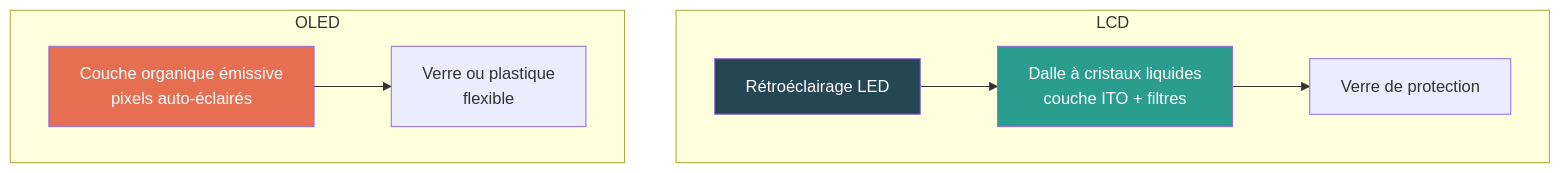
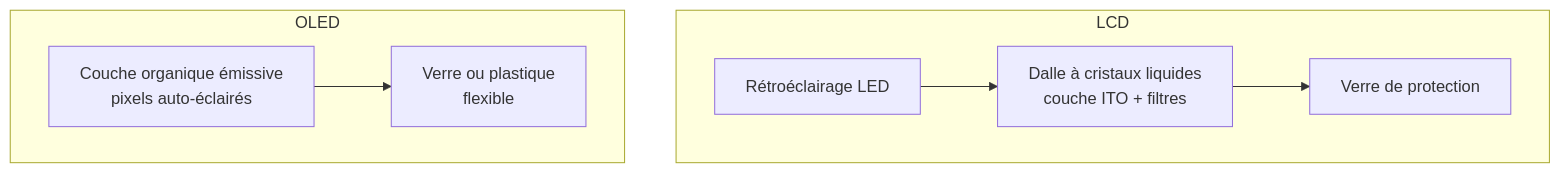
One commit to digital4better/methodology changed the diagram in docs/materiel/composants/affichage.md. Above: the diagram before and after it, drawn with Mermaid. The commit also changed other lines of this file and 193 other files, not shown here.

````diff
--- a/docs/materiel/composants/affichage.md
+++ b/docs/materiel/composants/affichage.md
@@ -11,14 +9,14 @@
 ```mermaid
 flowchart TD
     subgraph LCD
         BL[Rétroéclairage LED] --> LC[Dalle à cristaux liquides<br>couche ITO + filtres]
         LC --> G1[Verre de protection]
     end
     subgraph OLED
         O[Couche organique émissive<br>pixels auto-éclairés] --> G2[Verre ou plastique<br>flexible]
     end
 
-    style BL fill:#264653,color:#fff
-    style LC fill:#2a9d8f,color:#fff
-    style O fill:#e76f51,color:#fff
+    class BL d4b-navy
+    class LC d4b-blue
+    class O d4b-coral
 ```
````
